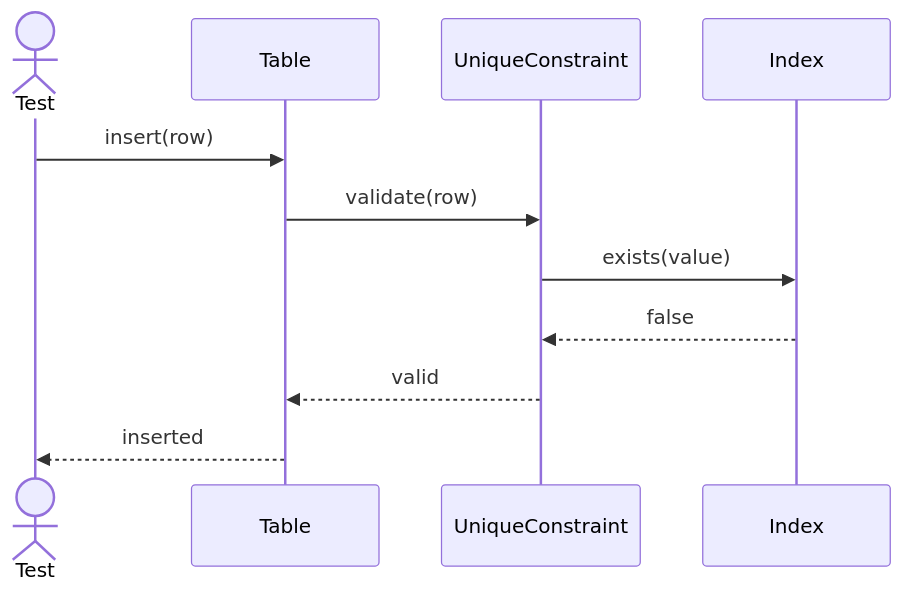
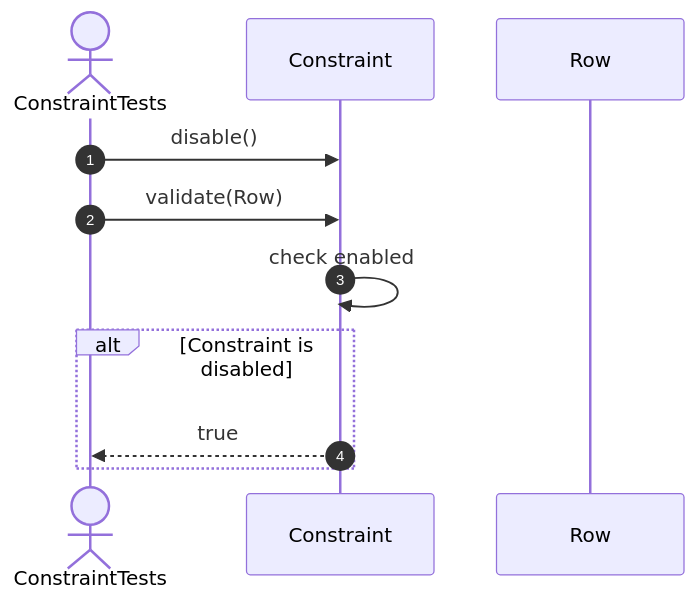
Before and after one commit to FhuAnn/-bbv-AN-s-DBMS: the fourth of 16 diagrams in src/tests/unit/metadata/sequences/constraint-testing.se.md, drawn with Mermaid. The commit also changed other lines of this file and 60 other files, not shown here.

Commit message:
refactor data table, row, column, constraint, index test file

````diff
--- a/src/tests/unit/metadata/sequences/constraint-testing.se.md
+++ b/src/tests/unit/metadata/sequences/constraint-testing.se.md
@@ -47,19 +54,15 @@
 ```mermaid
 sequenceDiagram
-actor Test
-participant Table
-participant UniqueConstraint
-participant Index
+    autonumber
+    actor Test as ConstraintTests
+    participant Constraint as Constraint
+    participant Row as Row
 
-Test->>Table: insert(row)
+    Test->>Constraint: disable()
+    Test->>Constraint: validate(Row)
+    Constraint->>Constraint: check enabled
 
-Table->>UniqueConstraint: validate(row)
-
-UniqueConstraint->>Index: exists(value)
-
-Index-->>UniqueConstraint: false
-
-UniqueConstraint-->>Table: valid
-
-Table-->>Test: inserted
+    alt Constraint is disabled
+        Constraint-->>Test: true
+    end
 ```
````
